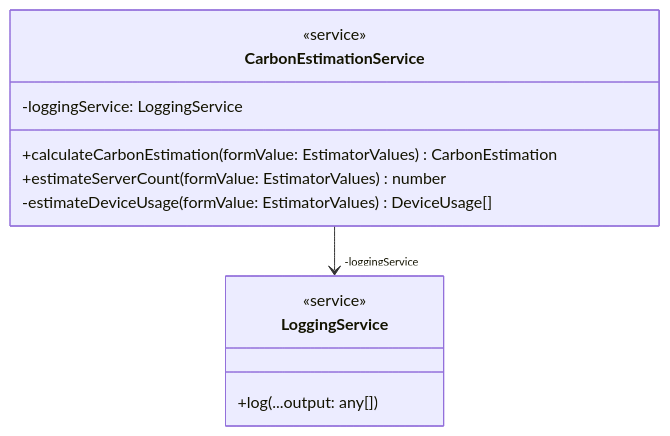
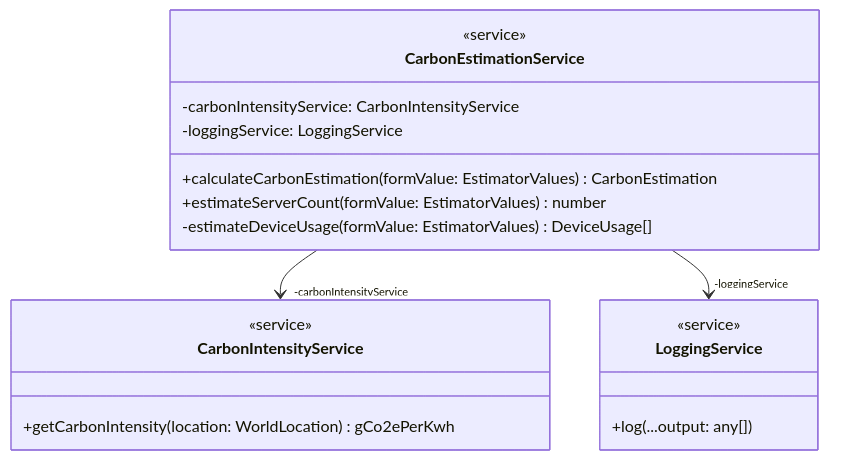
One commit to ScottLogic/sl-tech-carbon-estimator changed the first of 2 diagrams in docs/services.md. Above: the diagram before and after it, drawn with Mermaid. The commit also changed other lines of this file and 15 other files, not shown here.

Commit message:
Add a carbon intensity service to contain the use of CO2.js Pass down the carbon intensity instead of looking it up during calculations

````diff
--- a/docs/services.md
+++ b/docs/services.md
@@ -5,17 +5,24 @@
 ```mermaid
 classDiagram
   class CarbonEstimationService{
     <<service>>
-    -loggingService: LoggingService 
+    -carbonIntensityService: CarbonIntensityService
+    -loggingService: LoggingService
     +calculateCarbonEstimation(formValue: EstimatorValues) CarbonEstimation
     +estimateServerCount(formValue: EstimatorValues) number
     -estimateDeviceUsage(formValue: EstimatorValues) DeviceUsage[]
+  }
+
+  class CarbonIntensityService{
+    <<service>>
+    +getCarbonIntensity(location: WorldLocation) gCo2ePerKwh
   }
 
   class LoggingService{
     <<service>>
     +log(...output: any[])
   }
 
+  CarbonEstimationService --> "-carbonIntensityService" CarbonIntensityService
   CarbonEstimationService --> "-loggingService" LoggingService
 ```
````
